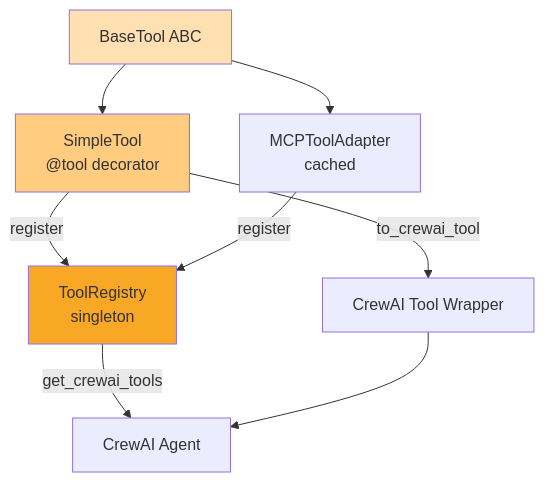
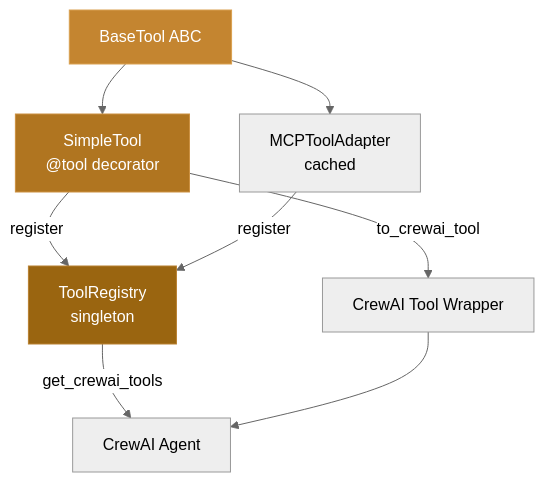
The third of 7 diagrams in docs/system-architecture.md (phucsystem/agent-foundry), drawn with Mermaid before and after one commit. The commit also changed other lines of this file, not shown here.

First line of the commit message:
docs: update mermaid diagrams for dark theme compatibility

````diff
--- a/docs/system-architecture.md
+++ b/docs/system-architecture.md
@@ -141,15 +143,16 @@
 ```mermaid
+%%{init: {'theme': 'neutral'}}%%
 graph TD
     BT["BaseTool ABC"]
     BT --> ST["SimpleTool<br/>@tool decorator"]
     BT --> MCP["MCPToolAdapter<br/>cached"]
     ST -->|register| TR["ToolRegistry<br/>singleton"]
     MCP -->|register| TR
     TR -->|get_crewai_tools| CA["CrewAI Agent"]
     ST -->|to_crewai_tool| CW["CrewAI Tool Wrapper"]
     CW --> CA
 
-    style BT fill:#ffe0b2
-    style ST fill:#ffcc80
-    style TR fill:#f9a825
+    style BT fill:#c48530,stroke:#d9a050,color:#fff
+    style ST fill:#b07520,stroke:#cc9040,color:#fff
+    style TR fill:#9a6510,stroke:#b88030,color:#fff
 ```
````
